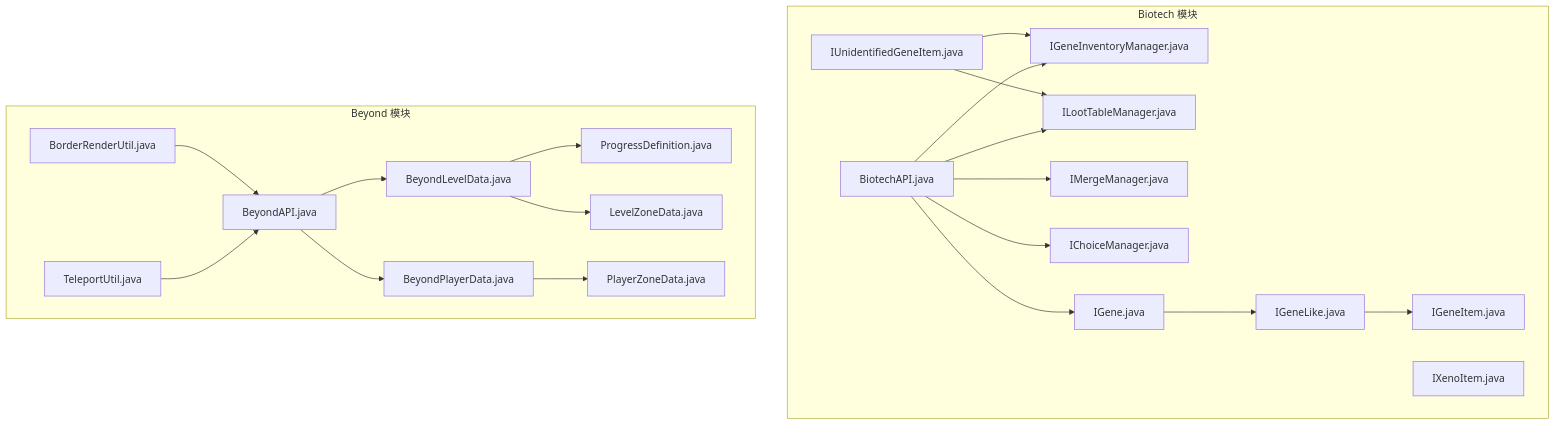
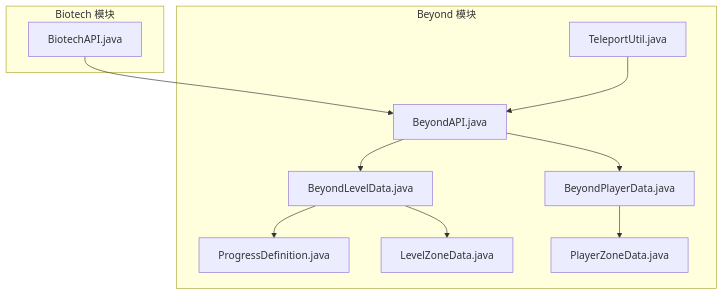
The first of 2 diagrams in .qoder/repowiki/zh/content/API参考文档/API参考文档.md (Ver-shift/SubModulesGeneHunter), drawn with Mermaid before and after one commit. The commit also changed other lines of this file and 49 other files, not shown here.

````diff
--- a/.qoder/repowiki/zh/content/API参考文档/API参考文档.md
+++ b/.qoder/repowiki/zh/content/API参考文档/API参考文档.md
@@ -52,41 +50,22 @@
 ```mermaid
 graph TB
 subgraph "Biotech 模块"
 BA["BiotechAPI.java"]
-GENECORE["IGene.java"]
-GENELIKE["IGeneLike.java"]
-GENELIKEITEM["IGeneItem.java"]
-UNIDENTGENE["IUnidentifiedGeneItem.java"]
-XENEOBJ["IXenoItem.java"]
-CHOICE["IChoiceManager.java"]
-INV["IGeneInventoryManager.java"]
-LOOT["ILootTableManager.java"]
-MERGE["IMergeManager.java"]
 end
 subgraph "Beyond 模块"
 BASimplified["BeyondAPI.java"]
 BGLD["BeyondLevelData.java"]
 BGPD["BeyondPlayerData.java"]
 PROGDEF["ProgressDefinition.java"]
 LZD["LevelZoneData.java"]
 PZD["PlayerZoneData.java"]
-BORDERUTIL["BorderRenderUtil.java"]
 TPUTIL["TeleportUtil.java"]
 end
-BA --> INV
-BA --> LOOT
-BA --> MERGE
-BA --> CHOICE
-BA --> GENECORE
-GENECORE --> GENELIKE
-GENELIKE --> GENELIKEITEM
-UNIDENTGENE --> LOOT
-UNIDENTGENE --> INV
+BA --> BASimplified
 BASimplified --> BGLD
 BASimplified --> BGPD
 BGLD --> PROGDEF
 BGLD --> LZD
 BGPD --> PZD
-BORDERUTIL --> BASimplified
 TPUTIL --> BASimplified
 ```
````
